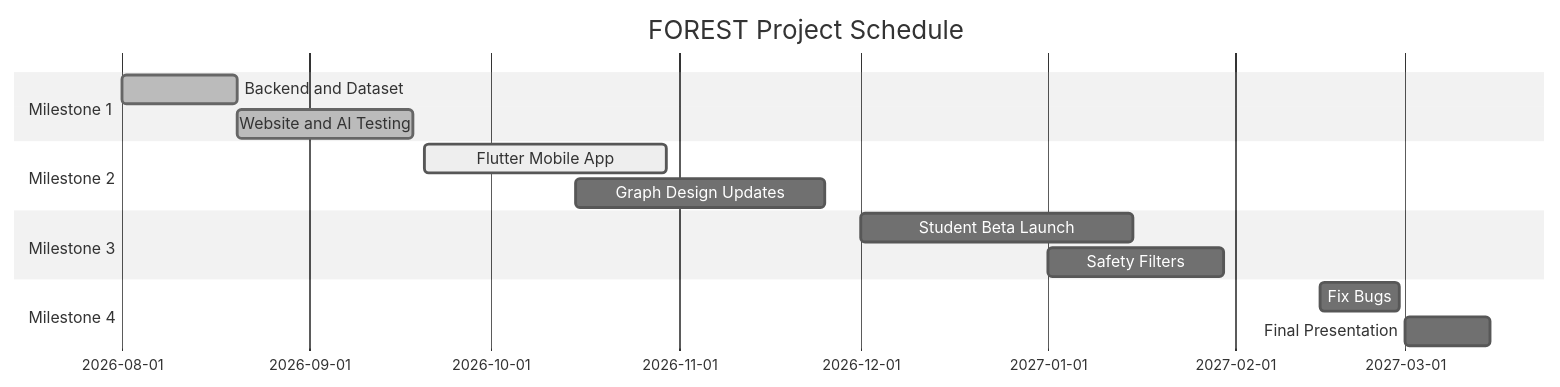
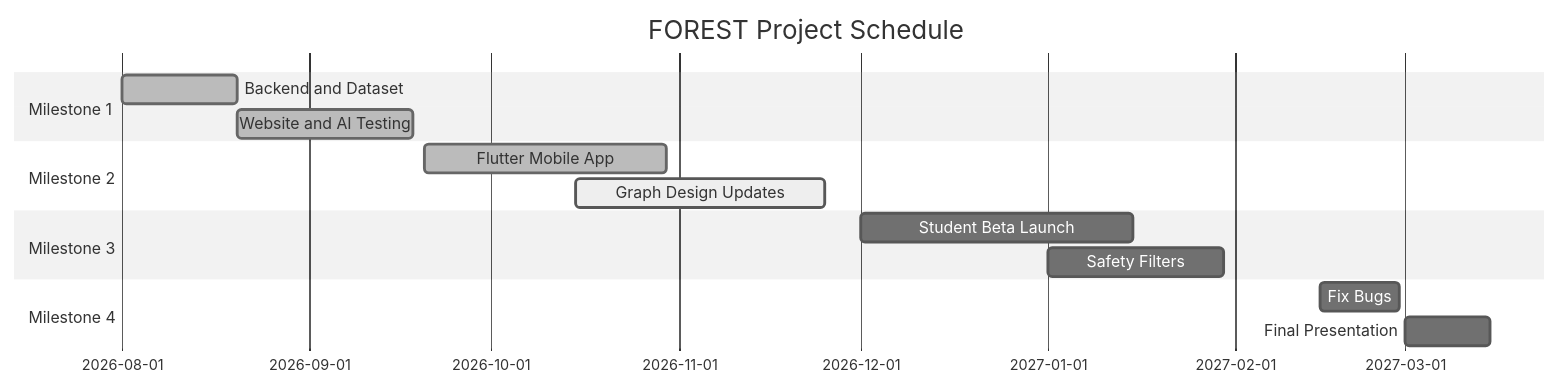
One commit to sahibnoor-singh/ucs503p-202627odd-forest changed the diagram in docs/MILESTONES.md. Above: the diagram before and after it, drawn with Mermaid (neutral theme). The commit also changed other lines of this file and 7 other files, not shown here.

````diff
--- a/docs/MILESTONES.md
+++ b/docs/MILESTONES.md
@@ -46,21 +48,21 @@
 ```mermaid
 gantt
     title FOREST Project Schedule
     dateFormat  YYYY-MM-DD
     
     section Milestone 1
     Backend and Dataset         :done,    m1_1, 2026-08-01, 2026-08-20
     Website and AI Testing      :done,    m1_2, 2026-08-20, 2026-09-18
     
     section Milestone 2
-    Flutter Mobile App          :active,  m2_1, 2026-09-20, 2026-10-30
-    Graph Design Updates        :         m2_2, 2026-10-15, 2026-11-25
+    Flutter Mobile App          :done,    m2_1, 2026-09-20, 2026-10-30
+    Graph Design Updates        :active,  m2_2, 2026-10-15, 2026-11-25
     
     section Milestone 3
     Student Beta Launch         :         m3_1, 2026-12-01, 2027-01-15
     Safety Filters              :         m3_2, 2027-01-01, 2027-01-30
     
     section Milestone 4
     Fix Bugs                    :         m4_1, 2027-02-15, 2027-02-28
     Final Presentation          :         m4_2, 2027-03-01, 2027-03-15
 ```
````
